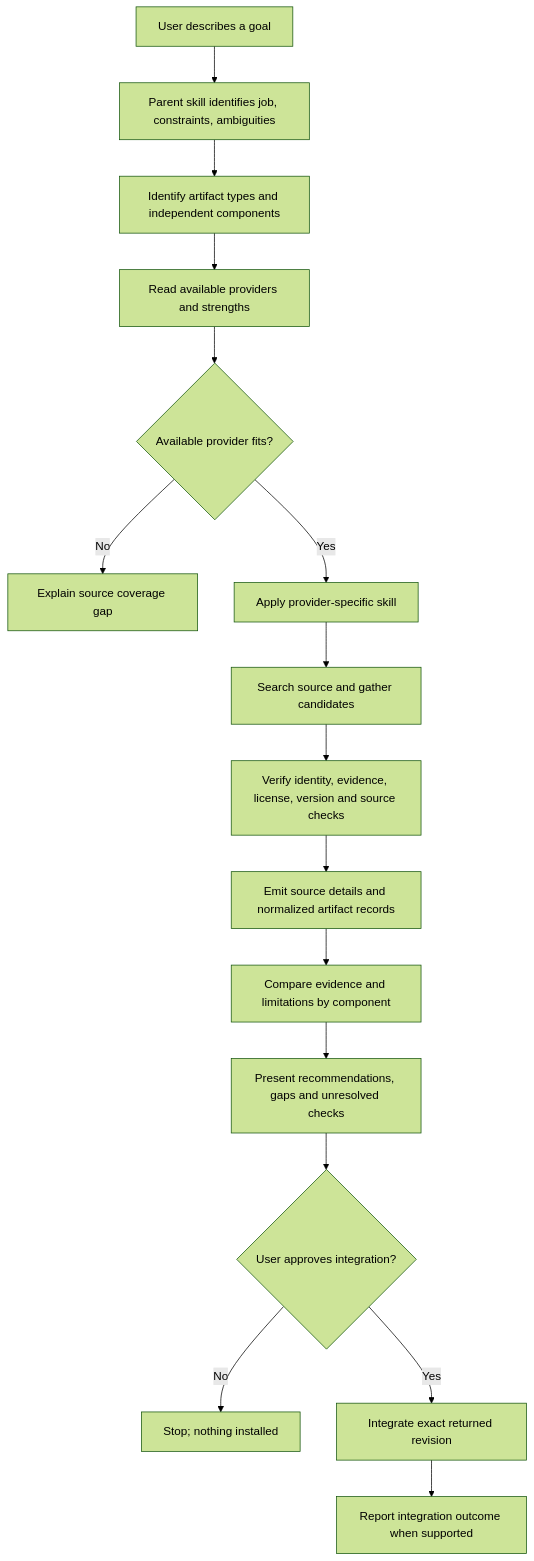
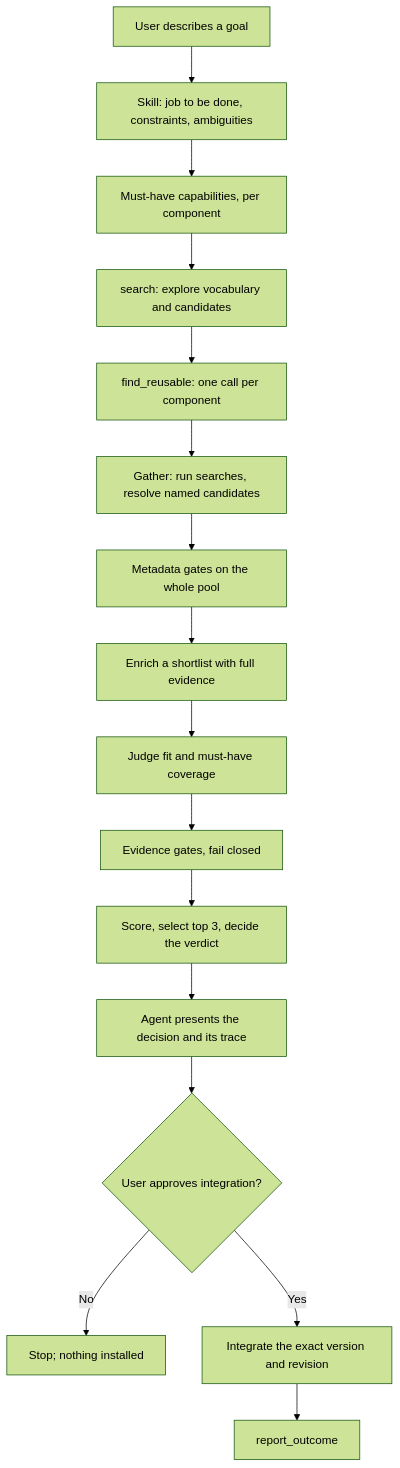
Before and after one commit to Qunivex/Open-Intelligence: the second of 2 diagrams in docs/architecture.md, drawn with Mermaid (forest theme). The commit also changed other lines of this file and 25 other files, not shown here.

````diff
--- a/docs/architecture.md
+++ b/docs/architecture.md
@@ -44,18 +30,18 @@
 ```mermaid
 flowchart TD
-    Start[User describes a goal] --> Intent[Parent skill identifies job, constraints, ambiguities]
-    Intent --> Types[Identify artifact types and independent components]
-    Types --> Registry[Read available providers and strengths]
-    Registry --> Route{Available provider fits?}
-    Route -- No --> Gap[Explain source coverage gap]
-    Route -- Yes --> ProviderSkill[Apply provider-specific skill]
-    ProviderSkill --> Search[Search source and gather candidates]
-    Search --> Vet[Verify identity, evidence, license, version and source checks]
-    Vet --> Normalize[Emit source details and normalized artifact records]
-    Normalize --> Compare[Compare evidence and limitations by component]
-    Compare --> Decision[Present recommendations, gaps and unresolved checks]
-    Decision --> Approval{User approves integration?}
+    Start[User describes a goal] --> Intent[Skill: job to be done, constraints, ambiguities]
+    Intent --> Caps[Must-have capabilities, per component]
+    Caps --> Explore[search: explore vocabulary and candidates]
+    Explore --> Find[find_reusable: one call per component]
+    Find --> Gather[Gather: run searches, resolve named candidates]
+    Gather --> Meta[Metadata gates on the whole pool]
+    Meta --> Enrich[Enrich a shortlist with full evidence]
+    Enrich --> Judge[Judge fit and must-have coverage]
+    Judge --> Gates[Evidence gates, fail closed]
+    Gates --> Score[Score, select top 3, decide the verdict]
+    Score --> Present[Agent presents the decision and its trace]
+    Present --> Approval{User approves integration?}
     Approval -- No --> Done[Stop; nothing installed]
-    Approval -- Yes --> Integrate[Integrate exact returned revision]
-    Integrate --> Outcome[Report integration outcome when supported]
+    Approval -- Yes --> Integrate[Integrate the exact version and revision]
+    Integrate --> Outcome[report_outcome]
 ```
````
